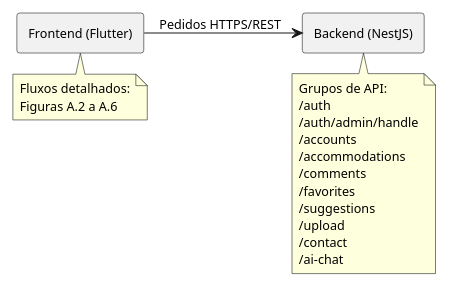
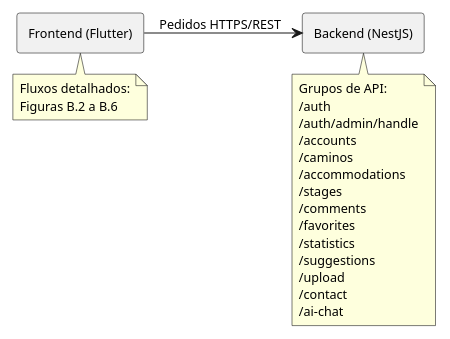
The diagram in docs/diagrams/communication-overview.puml (alegna83/cookbook-be), drawn with PlantUML before and after one commit. The commit also changed 1 other file, not shown here.

```diff
--- a/docs/diagrams/communication-overview.puml
+++ b/docs/diagrams/communication-overview.puml
@@ -1,38 +1,41 @@
 @startuml
 scale 0.88
 left to right direction
 skinparam defaultFontName Arial
 skinparam defaultFontSize 11
 skinparam componentStyle rectangle
 skinparam component {
   Padding 8
 }
 skinparam ArrowThickness 1
 skinparam nodesep 18
 skinparam ranksep 18
 
 component "Frontend (Flutter)" as FE
 component "Backend (NestJS)" as BE
 
 FE --> BE : Pedidos HTTPS/REST
 
 note bottom of FE
   Fluxos detalhados:
-  Figuras A.2 a A.6
+  Figuras B.2 a B.6
 end note
 
 note bottom of BE
   Grupos de API:
   /auth
   /auth/admin/handle
   /accounts
+  /caminos
   /accommodations
+  /stages
   /comments
   /favorites
+  /statistics
   /suggestions
   /upload
   /contact
   /ai-chat
 end note
 
 @enduml
```
